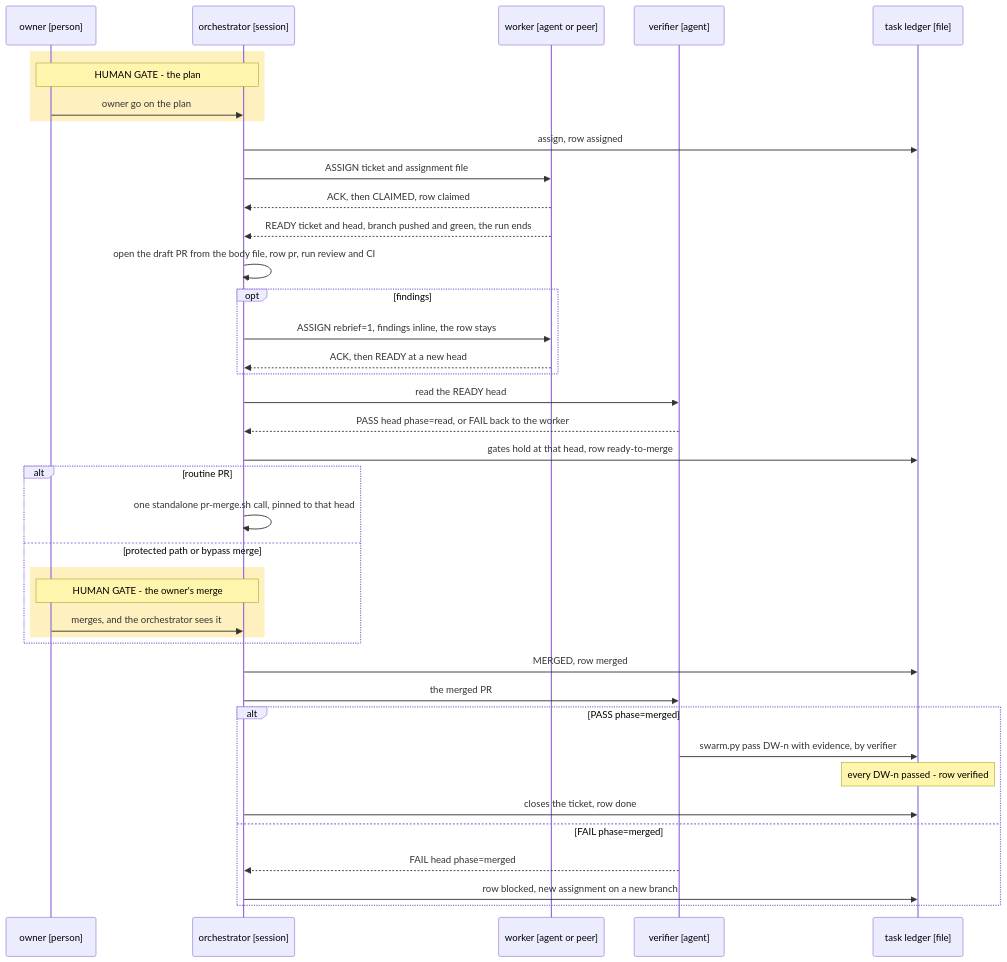
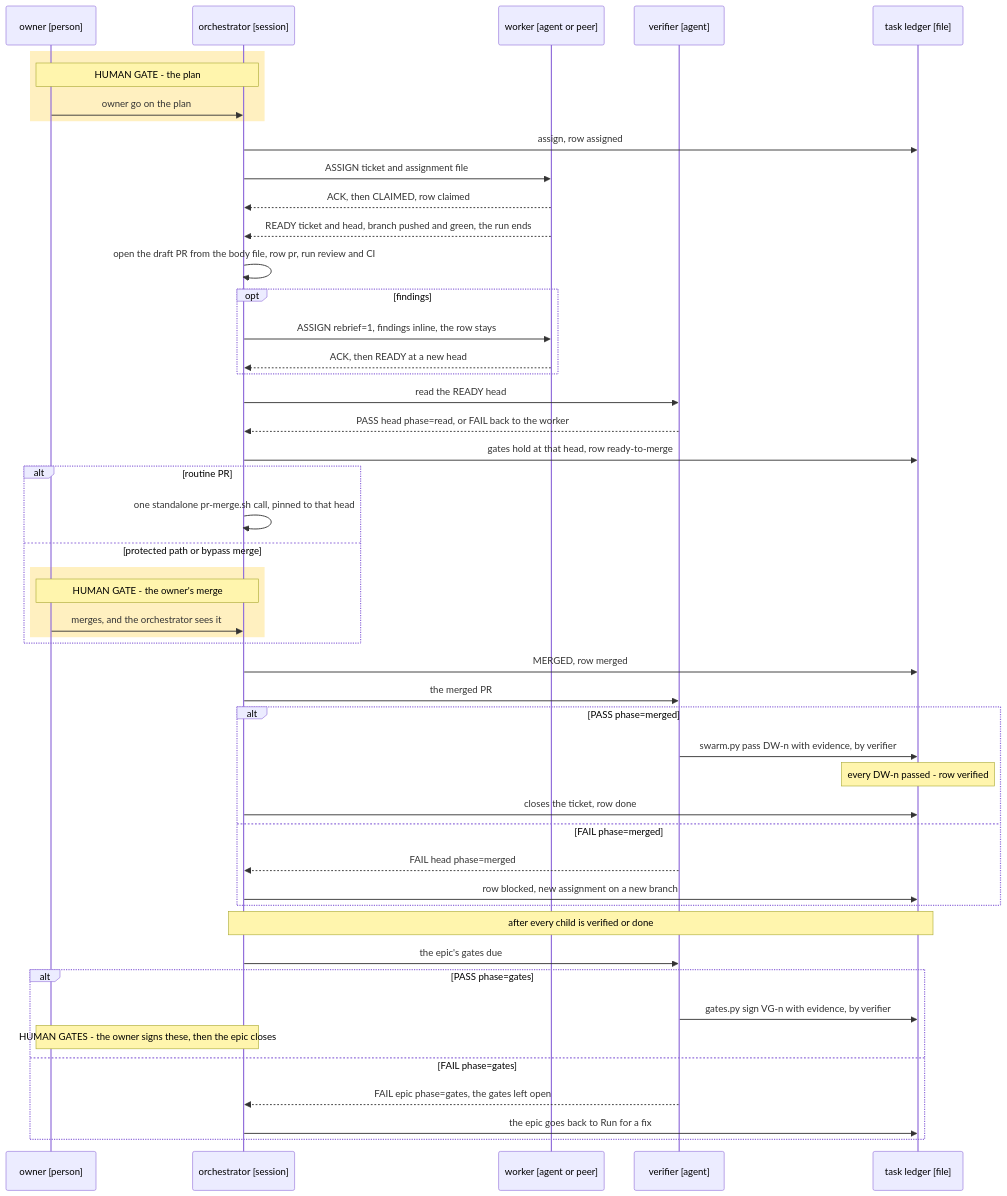
Before and after one commit to MdaaaaO/ai-baton: the diagram in docs/swarm.md, drawn with Mermaid. The commit also changed other lines of this file and 6 other files, not shown here.

````diff
--- a/docs/swarm.md
+++ b/docs/swarm.md
@@ -72,43 +79,52 @@
 ```mermaid
 sequenceDiagram
   participant Own as owner [person]
   participant Orc as orchestrator [session]
   participant Wrk as worker [agent or peer]
   participant Ver as verifier [agent]
   participant Led as task ledger [file]
 
   rect rgba(255, 193, 7, 0.25)
     Note over Own,Orc: HUMAN GATE - the plan
     Own->>Orc: owner go on the plan
   end
   Orc->>Led: assign, row assigned
   Orc->>Wrk: ASSIGN ticket and assignment file
   Wrk-->>Orc: ACK, then CLAIMED, row claimed
   Wrk-->>Orc: READY ticket and head, branch pushed and green, the run ends
   Orc->>Orc: open the draft PR from the body file, row pr, run review and CI
   opt findings
     Orc->>Wrk: ASSIGN rebrief=1, findings inline, the row stays
     Wrk-->>Orc: ACK, then READY at a new head
   end
   Orc->>Ver: read the READY head
   Ver-->>Orc: PASS head phase=read, or FAIL back to the worker
   Orc->>Led: gates hold at that head, row ready-to-merge
   alt routine PR
     Orc->>Orc: one standalone pr-merge.sh call, pinned to that head
   else protected path or bypass merge
     rect rgba(255, 193, 7, 0.25)
       Note over Own,Orc: HUMAN GATE - the owner's merge
       Own->>Orc: merges, and the orchestrator sees it
     end
   end
   Orc->>Led: MERGED, row merged
   Orc->>Ver: the merged PR
   alt PASS phase=merged
     Ver->>Led: swarm.py pass DW-n with evidence, by verifier
     Note over Led: every DW-n passed - row verified
     Orc->>Led: closes the ticket, row done
   else FAIL phase=merged
     Ver-->>Orc: FAIL head phase=merged
     Orc->>Led: row blocked, new assignment on a new branch
   end
+  Note over Orc,Led: after every child is verified or done
+  Orc->>Ver: the epic's gates due
+  alt PASS phase=gates
+    Ver->>Led: gates.py sign VG-n with evidence, by verifier
+    Note over Own,Orc: HUMAN GATES - the owner signs these, then the epic closes
+  else FAIL phase=gates
+    Ver-->>Orc: FAIL epic phase=gates, the gates left open
+    Orc->>Led: the epic goes back to Run for a fix
+  end
 ```
````
